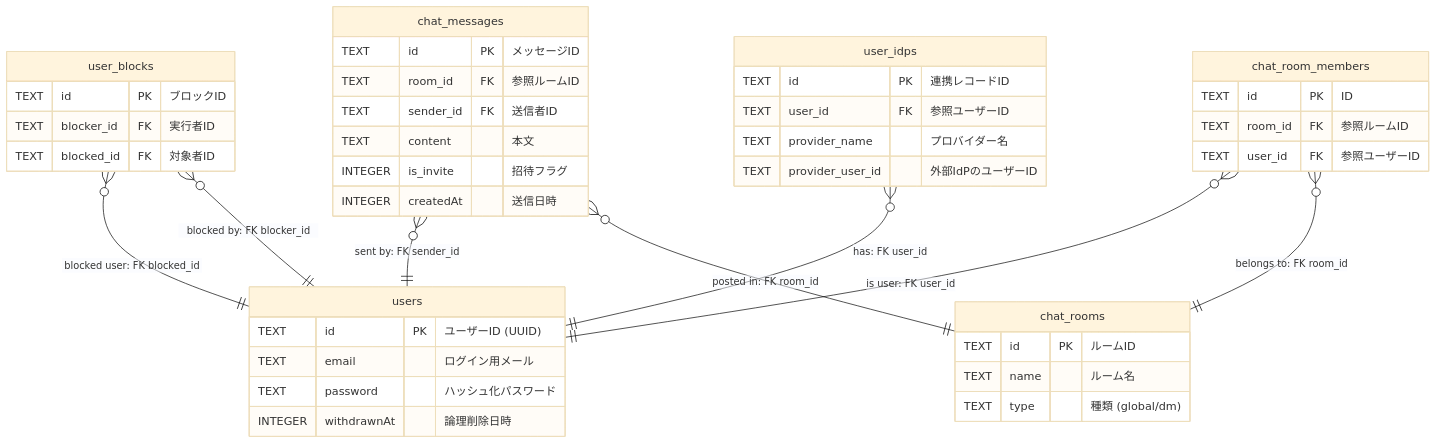
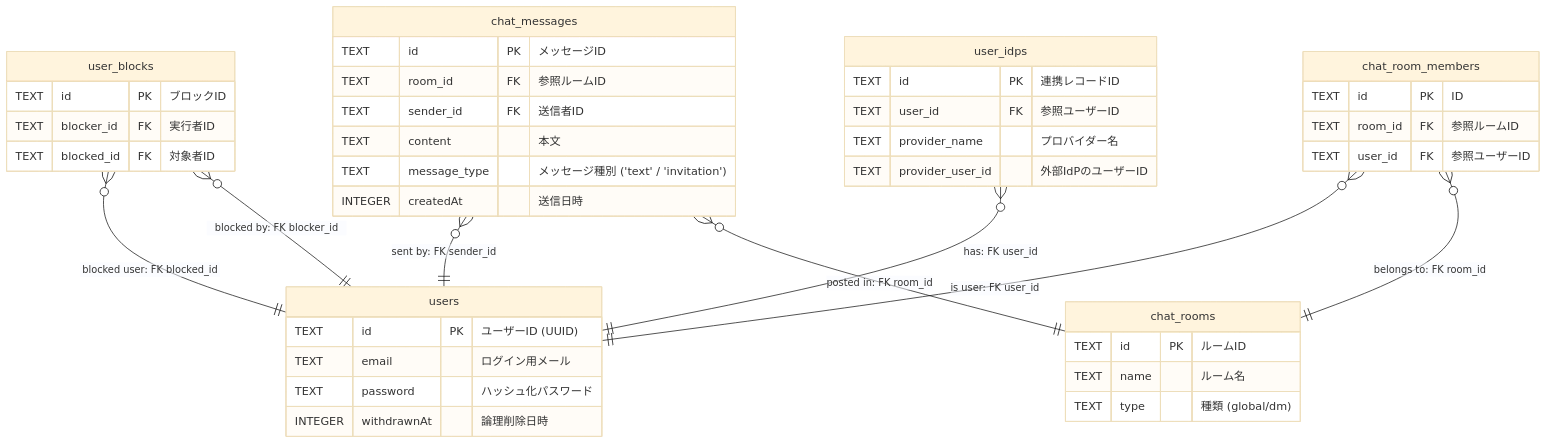
The diagram in doc/data-structure.md (shonakam/ft_transcendence), drawn with Mermaid (base theme) before and after one commit. The commit also changed other lines of this file and 5 other files, not shown here.

````diff
--- a/doc/data-structure.md
+++ b/doc/data-structure.md
@@ -88,52 +88,52 @@
 ```mermaid
 erDiagram
     user_idps }o--|| users :  "has: FK user_id"
     chat_room_members }o--|| chat_rooms : "belongs to: FK room_id"
     chat_room_members }o--|| users : "is user: FK user_id"
     chat_messages }o--|| chat_rooms : "posted in: FK room_id"
     chat_messages }o--|| users : "sent by: FK sender_id"
     user_blocks }o--|| users : "blocked by: FK blocker_id"
     user_blocks }o--|| users : "blocked user: FK blocked_id"
 
     users {
         TEXT id PK "ユーザーID (UUID)"
         TEXT email "ログイン用メール"
         TEXT password "ハッシュ化パスワード"
         INTEGER withdrawnAt "論理削除日時"
     }
 
     user_idps {
         TEXT id PK "連携レコードID"
         TEXT user_id FK "参照ユーザーID"
         TEXT provider_name "プロバイダー名"
         TEXT provider_user_id "外部IdPのユーザーID"
     }
 
     chat_rooms {
         TEXT id PK "ルームID"
         TEXT name "ルーム名"
         TEXT type "種類 (global/dm)"
     }
 
     chat_room_members {
         TEXT id PK "ID"
         TEXT room_id FK "参照ルームID"
         TEXT user_id FK "参照ユーザーID"
     }
 
     chat_messages {
         TEXT id PK "メッセージID"
         TEXT room_id FK "参照ルームID"
         TEXT sender_id FK "送信者ID"
         TEXT content "本文"
-        INTEGER is_invite "招待フラグ"
+        TEXT message_type "メッセージ種別 ('text' / 'invitation')"
         INTEGER createdAt "送信日時"
     }
 
     user_blocks {
         TEXT id PK "ブロックID"
         TEXT blocker_id FK "実行者ID"
         TEXT blocked_id FK "対象者ID"
     }
 
 ```
````
